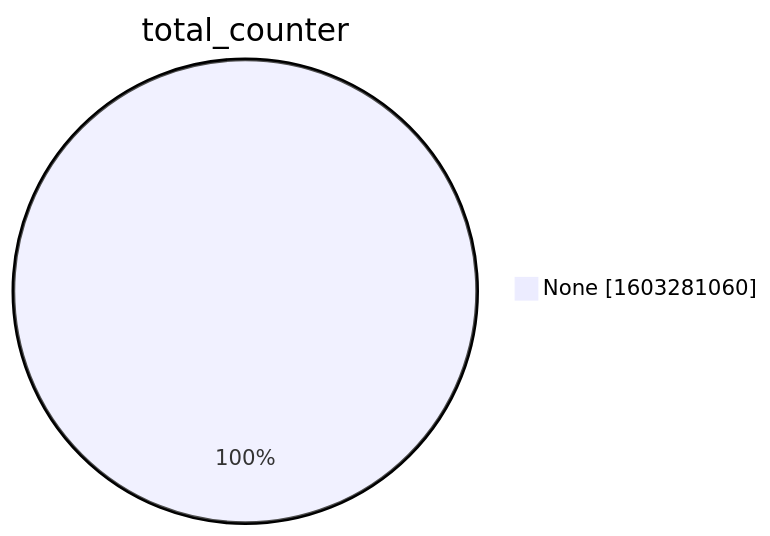
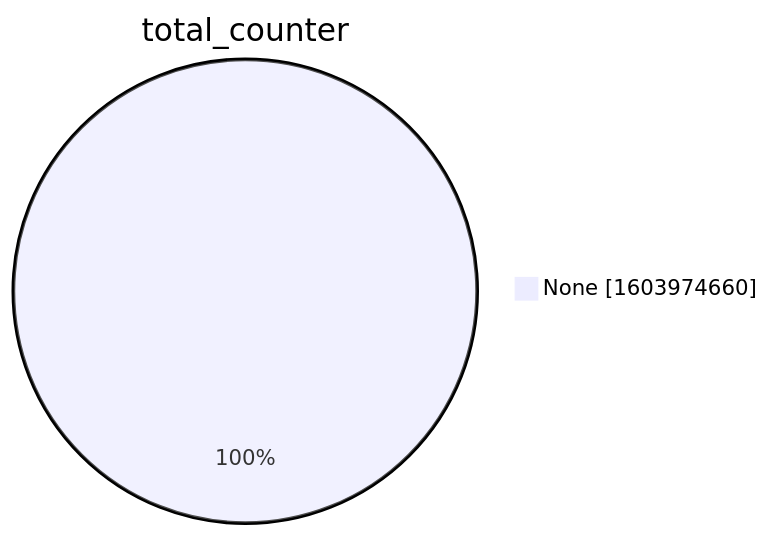
The second of 15 diagrams in xenon2022/README.md (christiankrug/ctmonitor_visualization), drawn with Mermaid before and after one commit. The commit also changed other lines of this file, not shown here.

````diff
--- a/xenon2022/README.md
+++ b/xenon2022/README.md
@@ -9,5 +9,5 @@
 ```mermaid
 pie showData
 title total_counter
-"None" :1603281060
+"None" :1603974660
 ```
````
